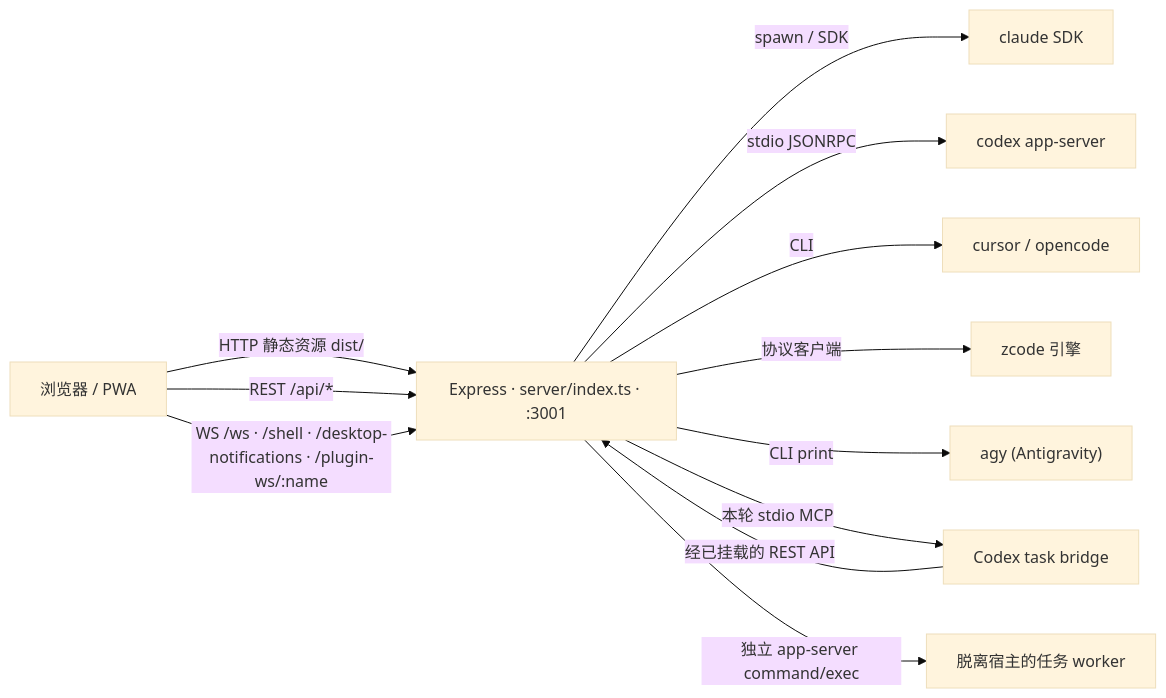
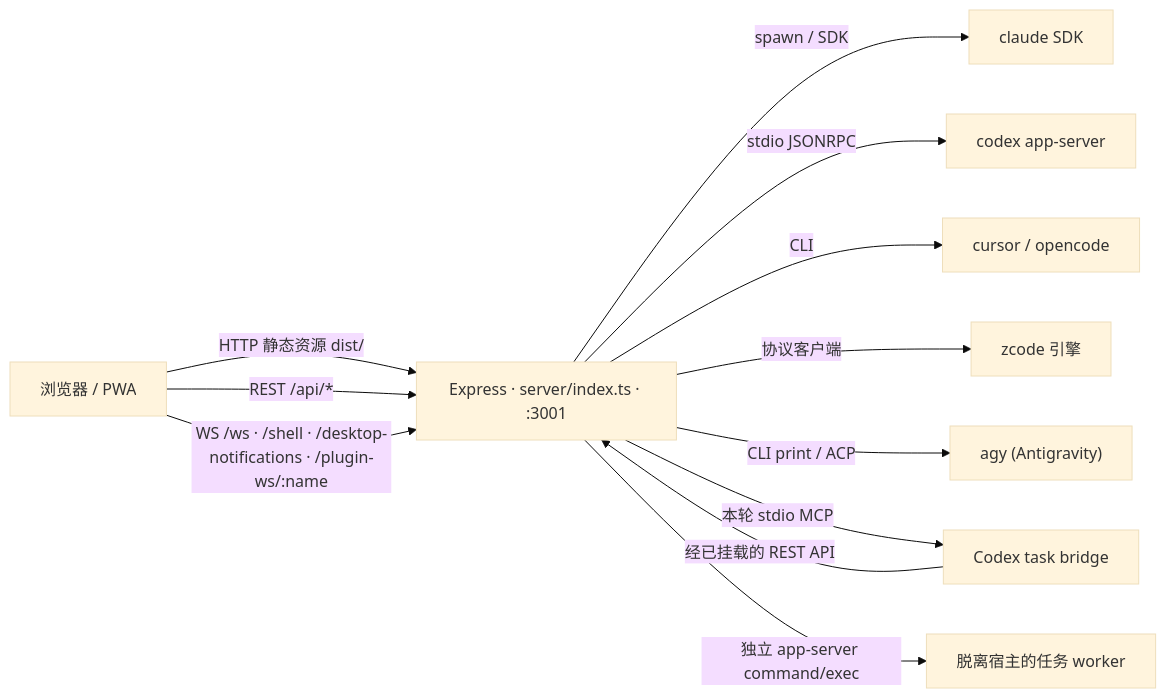
Before and after one commit to iazrael/cloudcli: the diagram in docs/core/overview.md, drawn with Mermaid (base theme). The commit also changed other lines of this file and 15 other files, not shown here.

Commit message:
fix(antigravity): enforce ACP turn and process lifecycle

````diff
--- a/docs/core/overview.md
+++ b/docs/core/overview.md
@@ -15,15 +15,15 @@
 ```mermaid
 flowchart LR
   B["浏览器 / PWA"] -->|HTTP 静态资源 dist/| S
   B -->|REST /api/*| S
   B -->|WS /ws · /shell · /desktop-notifications · /plugin-ws/:name| S
   S["Express · server/index.ts · :3001"]
   S -->|"spawn / SDK"| E1["claude SDK"]
   S -->|stdio JSONRPC| E2["codex app-server"]
   S -->|CLI| E3["cursor / opencode"]
   S -->|协议客户端| E4["zcode 引擎"]
-  S -->|CLI print| E5["agy (Antigravity)"]
+  S -->|CLI print / ACP| E5["agy (Antigravity)"]
   S -->|本轮 stdio MCP| M["Codex task bridge"]
   M -->|经已挂载的 REST API| S
   S -->|独立 app-server command/exec| W["脱离宿主的任务 worker"]
 ```
````
